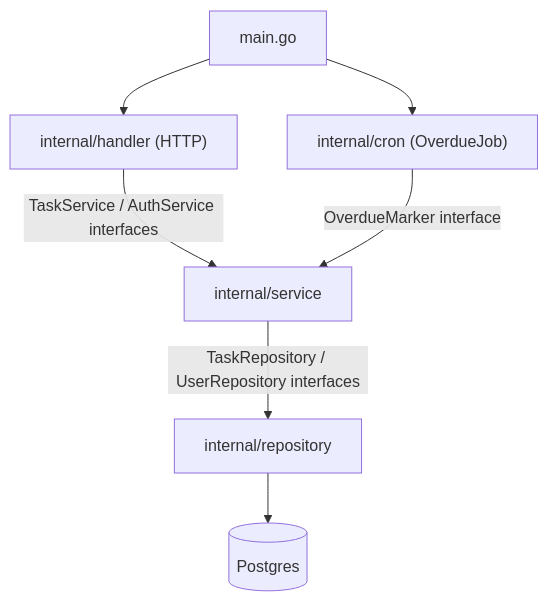
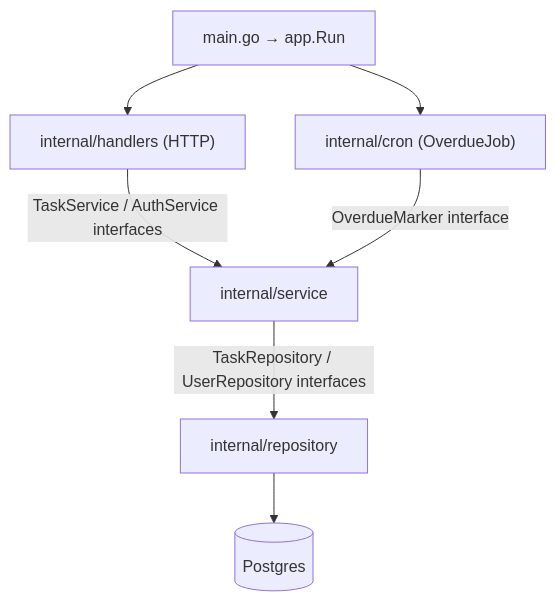
The diagram in README.md (mmfshirokan/task-manager), drawn with Mermaid before and after one commit. The commit also changed other lines of this file and 11 other files, not shown here.

````diff
--- a/README.md
+++ b/README.md
@@ -213,9 +213,9 @@
 ```mermaid
 flowchart TD
-    mainNode["main.go"] --> handlerLayer["internal/handler (HTTP)"]
+    mainNode["main.go → app.Run"] --> handlerLayer["internal/handlers (HTTP)"]
     mainNode --> cronLayer["internal/cron (OverdueJob)"]
     handlerLayer -->|"TaskService / AuthService interfaces"| serviceLayer["internal/service"]
     cronLayer -->|"OverdueMarker interface"| serviceLayer
     serviceLayer -->|"TaskRepository / UserRepository interfaces"| repoLayer["internal/repository"]
     repoLayer --> pg[(Postgres)]
 ```
````
